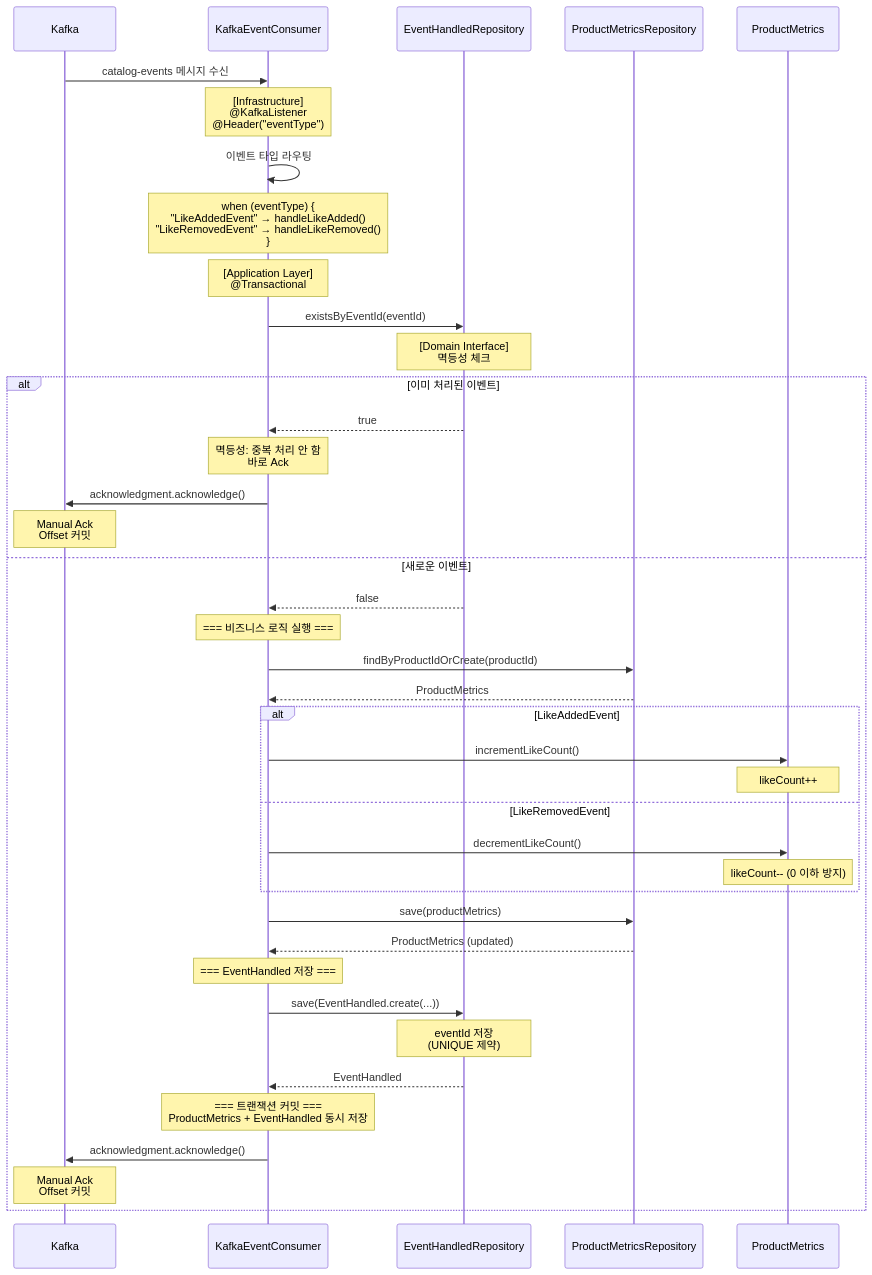
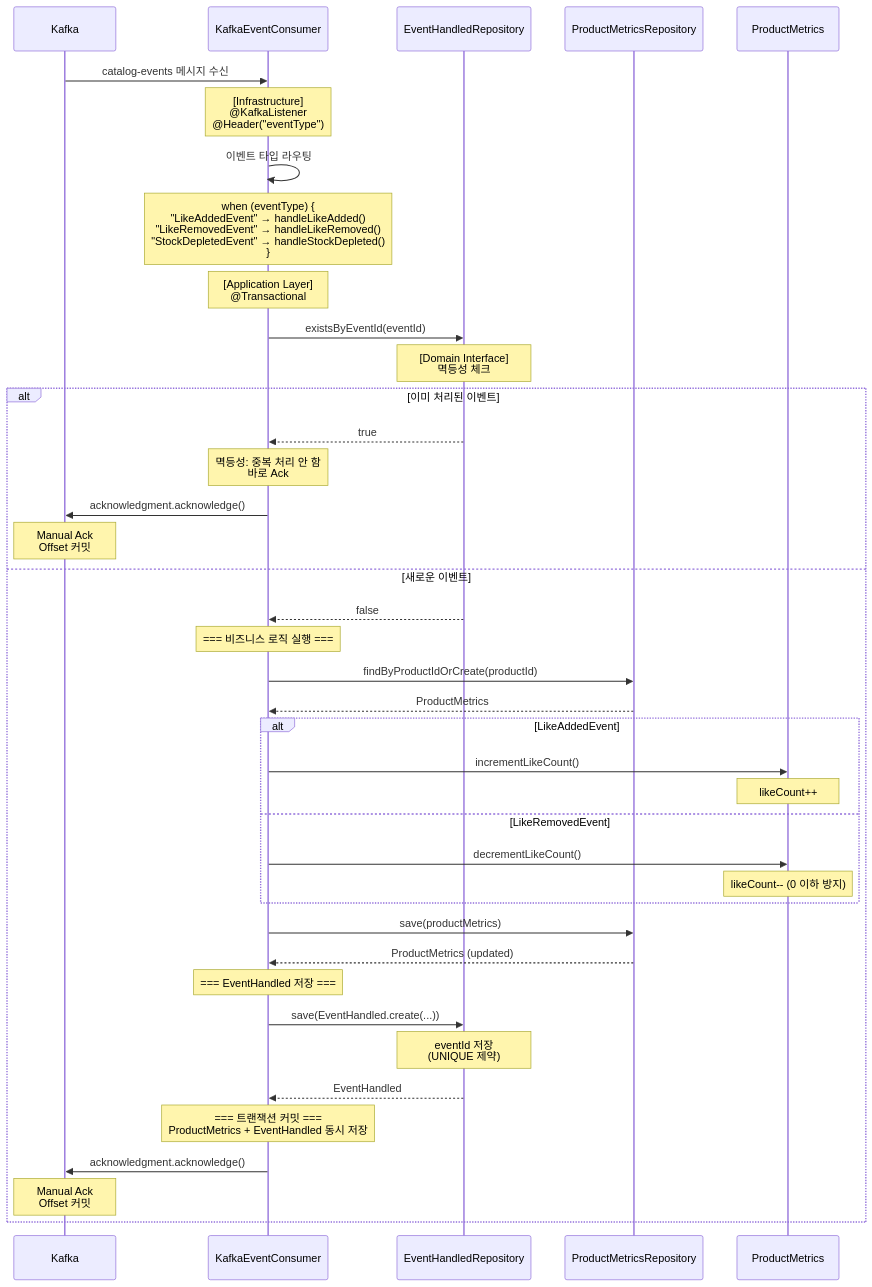
Before and after one commit to ghojeong/loopers-spring-kotlin-template: diagram 14 of 15 in .docs/_architecture/2-sequence-diagrams.md, drawn with Mermaid. The commit also changed other lines of this file and 1 other file, not shown here.

````diff
--- a/.docs/_architecture/2-sequence-diagrams.md
+++ b/.docs/_architecture/2-sequence-diagrams.md
@@ -993,53 +993,53 @@
 ```mermaid
 sequenceDiagram
     participant Kafka
     participant Consumer as KafkaEventConsumer
     participant EventHandledRepo as EventHandledRepository
     participant MetricsRepo as ProductMetricsRepository
     participant Metrics as ProductMetrics
 
     Kafka->>Consumer: catalog-events 메시지 수신
     Note over Consumer: [Infrastructure]<br/>@KafkaListener<br/>@Header("eventType")
 
     Consumer->>Consumer: 이벤트 타입 라우팅
-    Note over Consumer: when (eventType) {<br/>  "LikeAddedEvent" → handleLikeAdded()<br/>  "LikeRemovedEvent" → handleLikeRemoved()<br/>}
+    Note over Consumer: when (eventType) {<br/>  "LikeAddedEvent" → handleLikeAdded()<br/>  "LikeRemovedEvent" → handleLikeRemoved()<br/>  "StockDepletedEvent" → handleStockDepleted()<br/>}
 
     Note over Consumer: [Application Layer]<br/>@Transactional
 
     Consumer->>EventHandledRepo: existsByEventId(eventId)
     Note over EventHandledRepo: [Domain Interface]<br/>멱등성 체크
 
     alt 이미 처리된 이벤트
         EventHandledRepo-->>Consumer: true
         Note over Consumer: 멱등성: 중복 처리 안 함<br/>바로 Ack
         Consumer->>Kafka: acknowledgment.acknowledge()
         Note over Kafka: Manual Ack<br/>Offset 커밋
     else 새로운 이벤트
         EventHandledRepo-->>Consumer: false
 
         Note over Consumer: === 비즈니스 로직 실행 ===
         Consumer->>MetricsRepo: findByProductIdOrCreate(productId)
         MetricsRepo-->>Consumer: ProductMetrics
 
         alt LikeAddedEvent
             Consumer->>Metrics: incrementLikeCount()
             Note over Metrics: likeCount++
         else LikeRemovedEvent
             Consumer->>Metrics: decrementLikeCount()
             Note over Metrics: likeCount-- (0 이하 방지)
         end
 
         Consumer->>MetricsRepo: save(productMetrics)
         MetricsRepo-->>Consumer: ProductMetrics (updated)
 
         Note over Consumer: === EventHandled 저장 ===
         Consumer->>EventHandledRepo: save(EventHandled.create(...))
         Note over EventHandledRepo: eventId 저장<br/>(UNIQUE 제약)
         EventHandledRepo-->>Consumer: EventHandled
 
         Note over Consumer: === 트랜잭션 커밋 ===<br/>ProductMetrics + EventHandled 동시 저장
 
         Consumer->>Kafka: acknowledgment.acknowledge()
         Note over Kafka: Manual Ack<br/>Offset 커밋
     end
 ```
````
